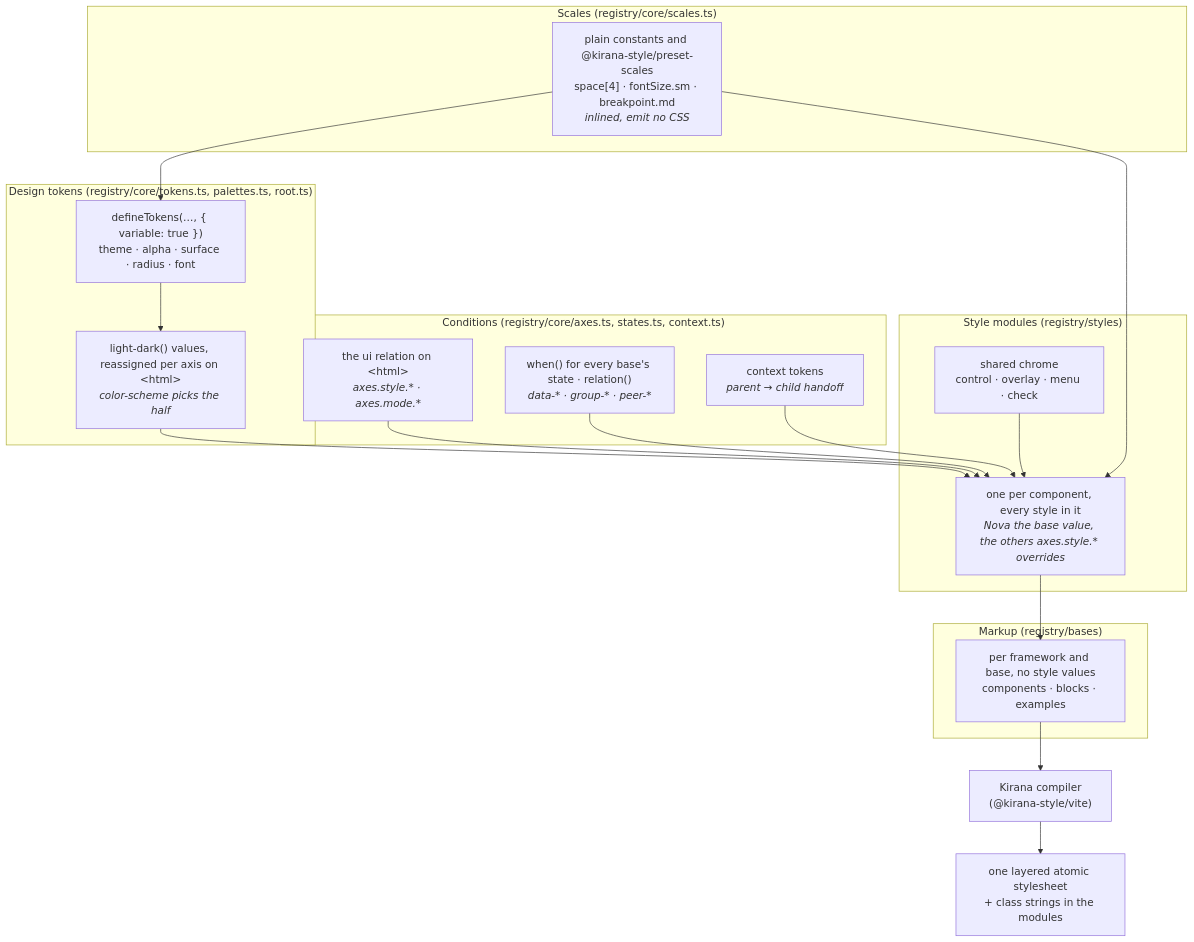
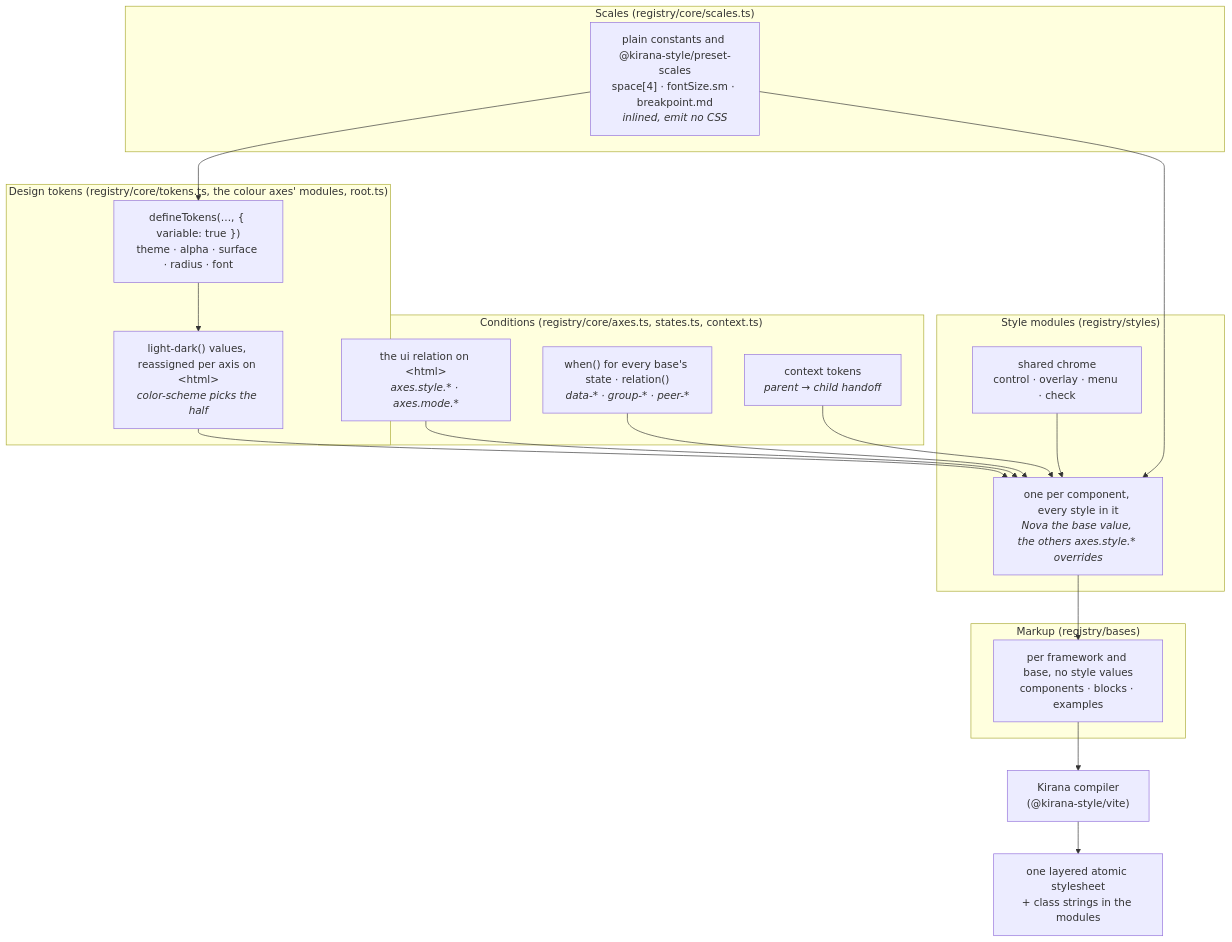
Before and after one commit to kirana-style/kirana-ui: the first of 6 diagrams in docs/architecture.md, drawn with Mermaid. The commit also changed 30 other files, not shown here.

````diff
--- a/docs/architecture.md
+++ b/docs/architecture.md
@@ -5,33 +5,33 @@
 ```mermaid
 flowchart TD
     subgraph L1["Scales (registry/core/scales.ts)"]
         A["plain constants and @kirana-style/preset-scales<br/>space[4] · fontSize.sm · breakpoint.md<br/><i>inlined, emit no CSS</i>"]
     end
-    subgraph L2["Design tokens (registry/core/tokens.ts, palettes.ts, root.ts)"]
+    subgraph L2["Design tokens (registry/core/tokens.ts, the colour axes' modules, root.ts)"]
         B["defineTokens(…, { variable: true })<br/>theme · alpha · surface · radius · font"]
         C["light-dark() values, reassigned per axis on &lt;html&gt;<br/><i>color-scheme picks the half</i>"]
     end
     subgraph L3["Conditions (registry/core/axes.ts, states.ts, context.ts)"]
         D["the ui relation on &lt;html&gt;<br/><i>axes.style.* · axes.mode.*</i>"]
         E["when() for every base's state · relation()<br/><i>data-* · group-* · peer-*</i>"]
         F["context tokens<br/><i>parent → child handoff</i>"]
     end
     subgraph L4["Style modules (registry/styles)"]
         G["one per component, every style in it<br/><i>Nova the base value, the others axes.style.* overrides</i>"]
         H["shared chrome<br/>control · overlay · menu · check"]
     end
     subgraph L5["Markup (registry/bases)"]
         J["per framework and base, no style values<br/>components · blocks · examples"]
     end
 
     A --> B --> C
     A --> G
     C --> G
     D --> G
     E --> G
     F --> G
     H --> G
     G --> J
     J --> K["Kirana compiler<br/>(@kirana-style/vite)"]
     K --> L["one layered atomic stylesheet<br/>+ class strings in the modules"]
 ```
````
